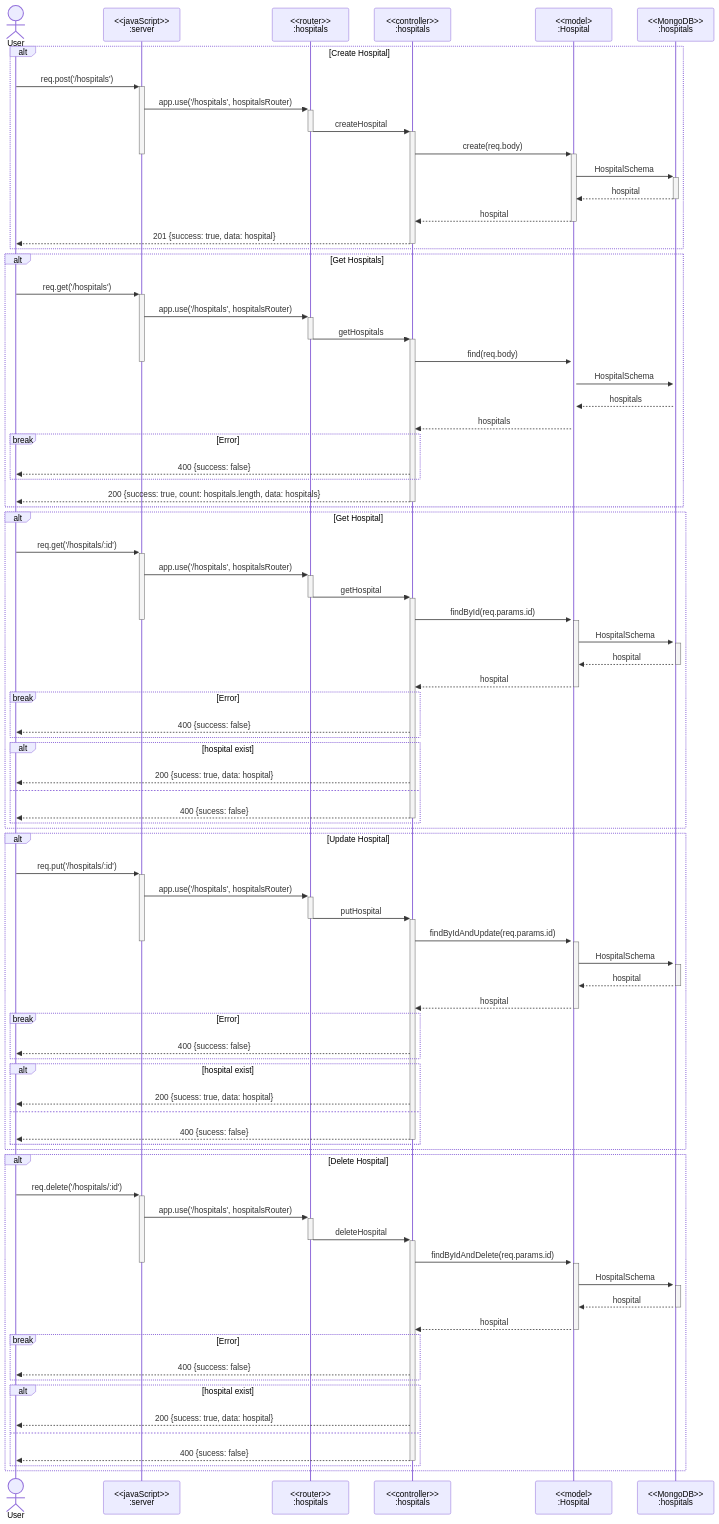
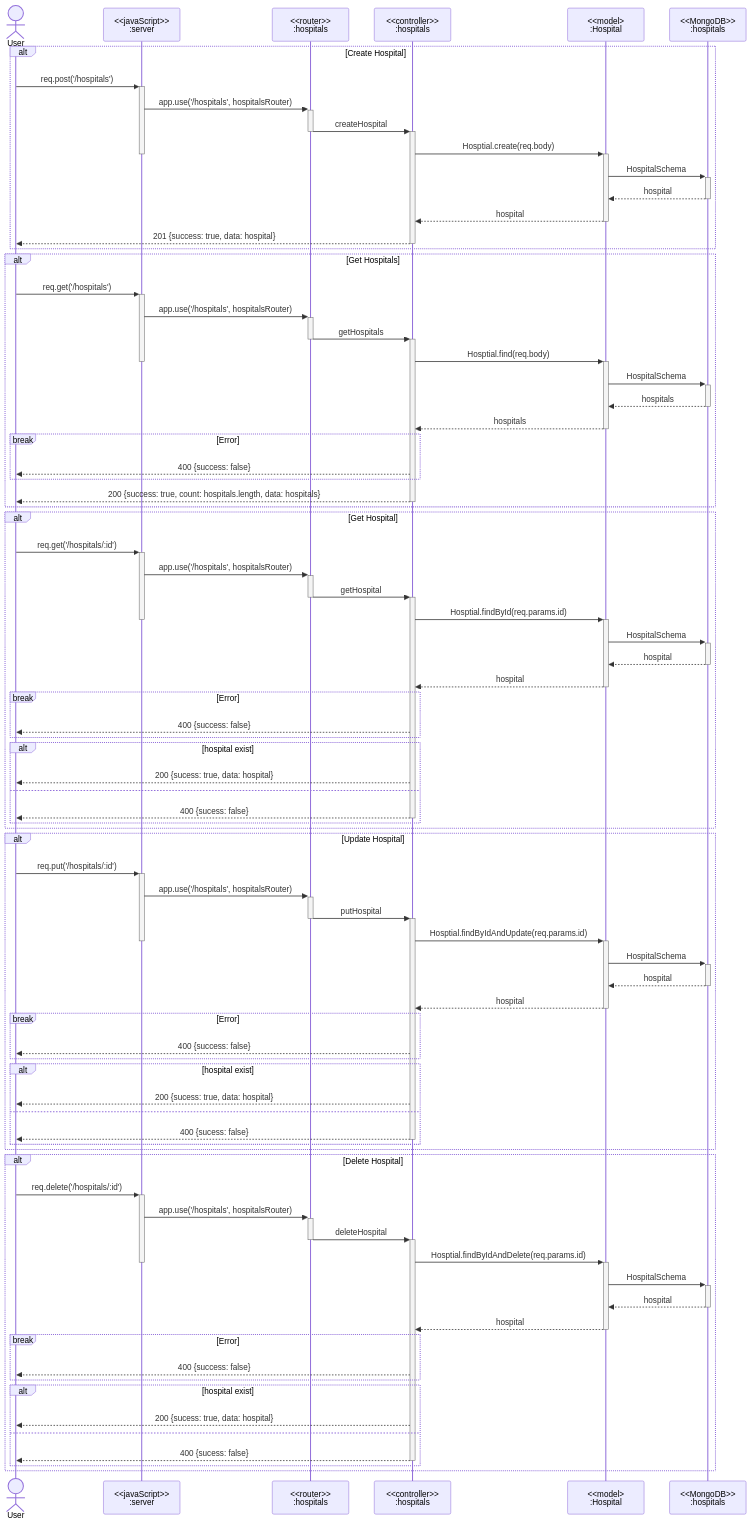
The second of 2 diagrams in README.md (thanadolps/VacQ), drawn with Mermaid before and after one commit.

Commit message:
📝 Update diagrams

```diff
--- a/README.md
+++ b/README.md
@@ -55,7 +55,7 @@
     S->>+R: app.use('/hospitals', hospitalsRouter)
     R->>+C: createHospital
     deactivate R
-    C->>+M: create(req.body)
+    C->>+M: Hosptial.create(req.body)
     deactivate S
     M->>+D: HospitalSchema
     D-->>-M: hospital
@@ -68,11 +68,11 @@
     S->>+R: app.use('/hospitals', hospitalsRouter)
     R->>+C: getHospitals
     deactivate R
-    C->>+M: find(req.body)
+    C->>+M: Hosptial.find(req.body)
     deactivate S
     M->>+D: HospitalSchema
-    D-->>M: hospitals
-    M-->>C: hospitals
+    D-->>-M: hospitals
+    M-->>-C: hospitals
     break Error
         C-->>U: 400 {success: false}
     end
@@ -84,7 +84,7 @@
     S->>+R: app.use('/hospitals', hospitalsRouter)
     R->>+C: getHospital
     deactivate R
-    C->>+M: findById(req.params.id)
+    C->>+M: Hosptial.findById(req.params.id)
     deactivate S
     M->>+D: HospitalSchema
     D-->>-M: hospital
@@ -105,7 +105,7 @@
     S->>+R: app.use('/hospitals', hospitalsRouter)
     R->>+C: putHospital
     deactivate R
-    C->>+M: findByIdAndUpdate(req.params.id)
+    C->>+M: Hosptial.findByIdAndUpdate(req.params.id)
     deactivate S
     M->>+D: HospitalSchema
     D-->>-M: hospital
@@ -125,7 +125,7 @@
     S->>+R: app.use('/hospitals', hospitalsRouter)
     R->>+C: deleteHospital
     deactivate R
-    C->>+M: findByIdAndDelete(req.params.id)
+    C->>+M: Hosptial.findByIdAndDelete(req.params.id)
     deactivate S
     M->>+D: HospitalSchema
     D-->>-M: hospital
```
